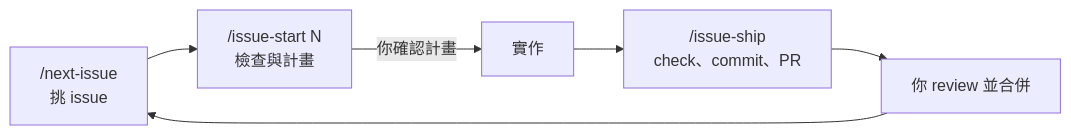
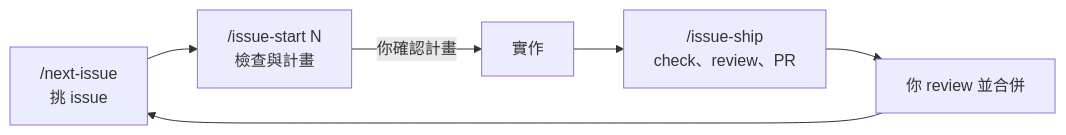
One commit to TPI-WenpinLiao/tpi-website-ai-poc changed the diagram in docs/workflow.md. Above: the diagram before and after it, drawn with Mermaid. The commit also changed other lines of this file and 6 other files, not shown here.

````diff
--- a/docs/workflow.md
+++ b/docs/workflow.md
@@ -5,8 +5,8 @@
 ```mermaid
 flowchart LR
   A["/next-issue<br>挑 issue"] --> B["/issue-start N<br>檢查與計畫"]
   B -->|你確認計畫| C[實作]
-  C --> D["/issue-ship<br>check、commit、PR"]
+  C --> D["/issue-ship<br>check、review、PR"]
   D --> E[你 review 並合併]
   E --> A
 ```
````
